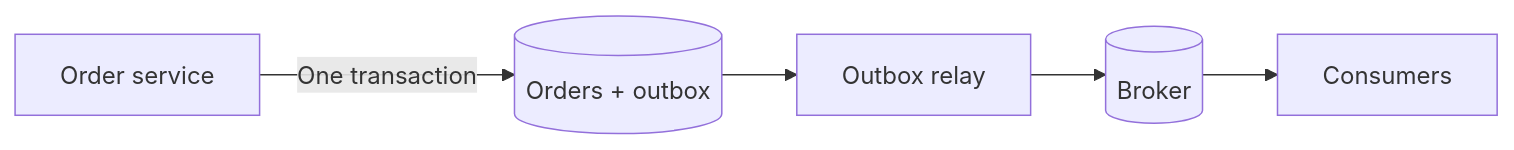
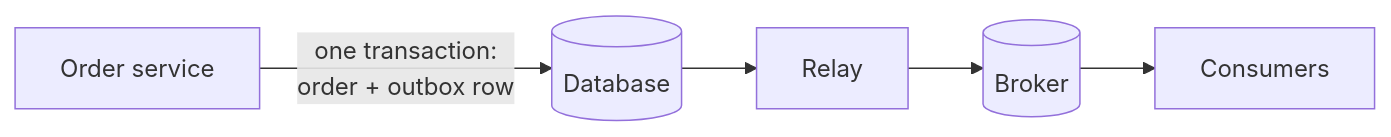
One commit to alanqi03/sys-design changed the first of 2 diagrams in database/change-data-capture-outbox.md. Above: the diagram before and after it, drawn with Mermaid. The commit also changed other lines of this file and 6 other files, not shown here.

````diff
--- a/database/change-data-capture-outbox.md
+++ b/database/change-data-capture-outbox.md
@@ -148,7 +43,7 @@
 ```{mermaid}
 flowchart LR
-  service[Order service] -->|One transaction| db[(Orders + outbox)]
-  db --> relay[Outbox relay]
+  service[Order service] -->|"one transaction:<br/>order + outbox row"| db[(Database)]
+  db --> relay[Relay]
   relay --> broker[(Broker)]
   broker --> consumers[Consumers]
 ```
````
